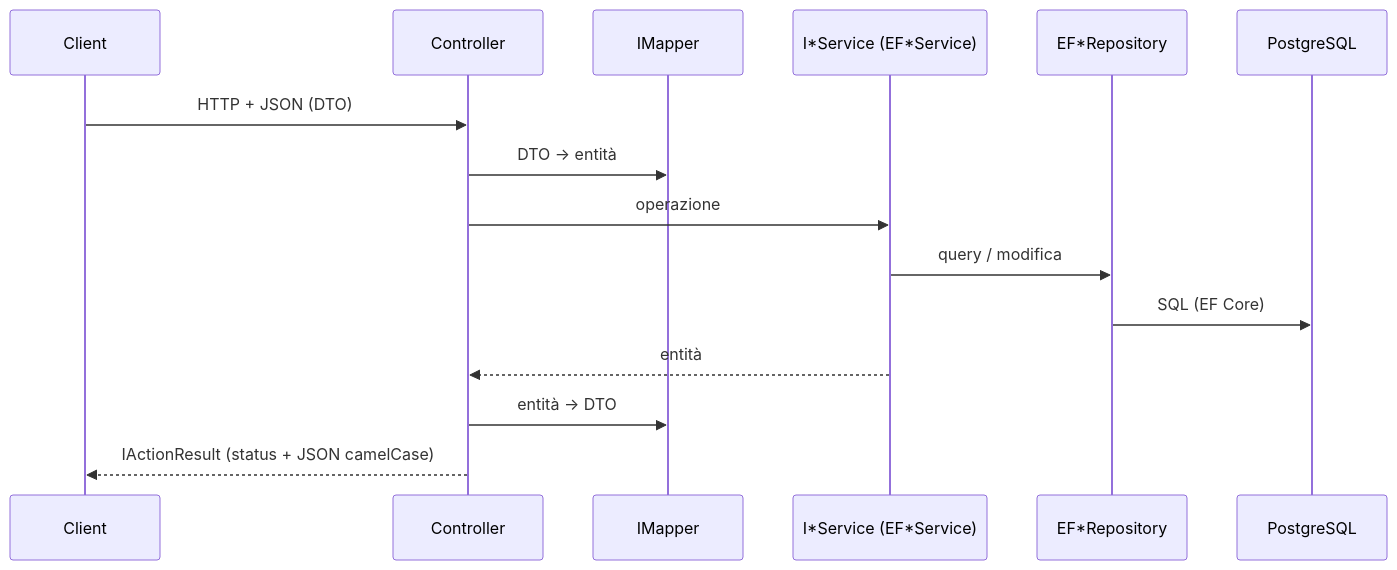
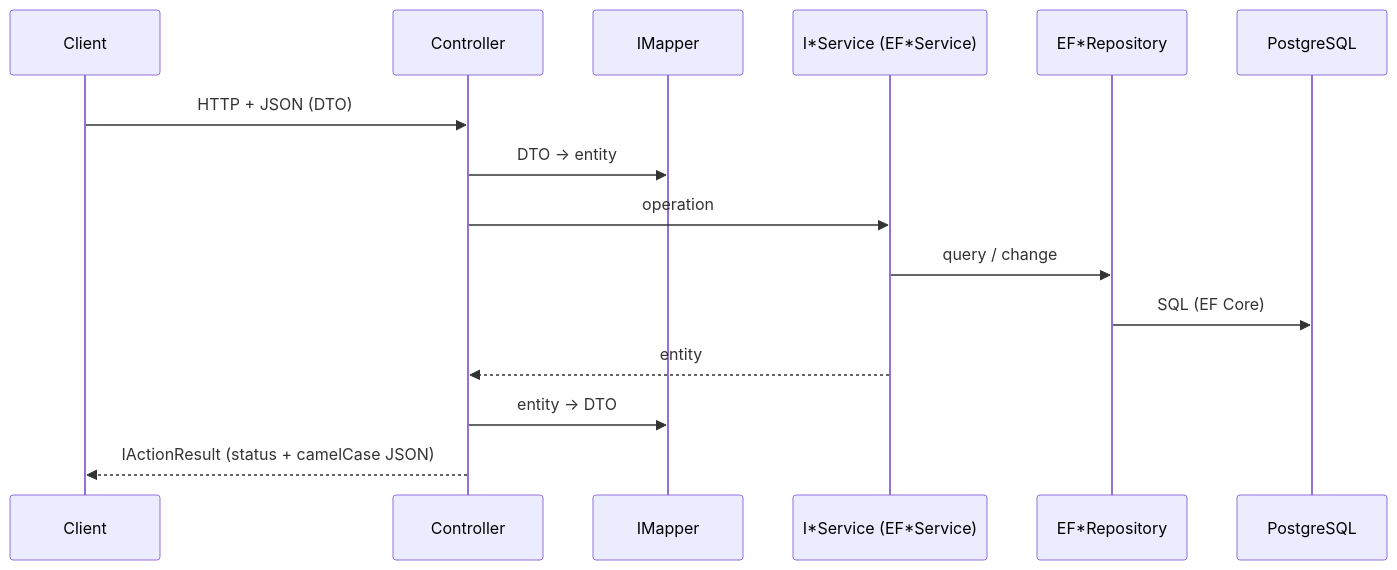
The second of 2 diagrams in docs/technical/architecture.md (fabio98p/Accademy_BE), drawn with Mermaid before and after one commit. The commit also changed other lines of this file and 17 other files, not shown here.

````diff
--- a/docs/technical/architecture.md
+++ b/docs/technical/architecture.md
@@ -31,17 +31,17 @@
 ```mermaid
 sequenceDiagram
     participant C as Client
     participant Ctrl as Controller
     participant M as IMapper
     participant S as I*Service (EF*Service)
     participant R as EF*Repository
     participant DB as PostgreSQL
     C->>Ctrl: HTTP + JSON (DTO)
-    Ctrl->>M: DTO → entità
-    Ctrl->>S: operazione
-    S->>R: query / modifica
+    Ctrl->>M: DTO → entity
+    Ctrl->>S: operation
+    S->>R: query / change
     R->>DB: SQL (EF Core)
-    S-->>Ctrl: entità
-    Ctrl->>M: entità → DTO
-    Ctrl-->>C: IActionResult (status + JSON camelCase)
+    S-->>Ctrl: entity
+    Ctrl->>M: entity → DTO
+    Ctrl-->>C: IActionResult (status + camelCase JSON)
 ```
````
